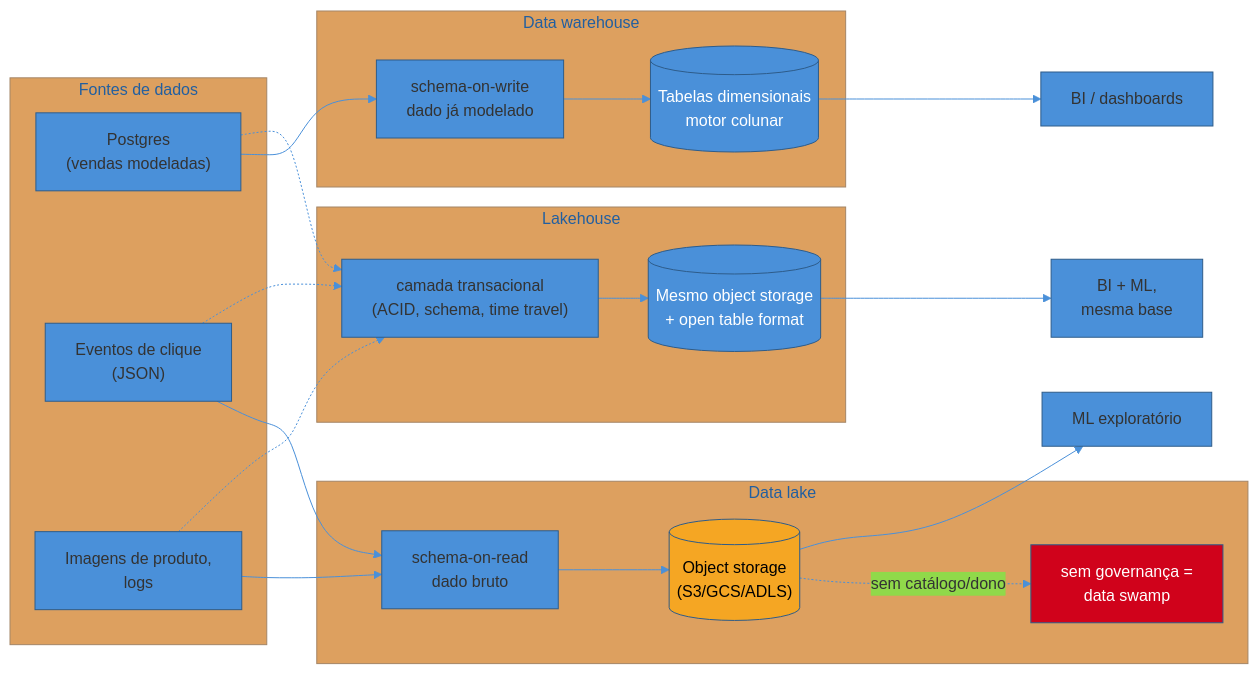
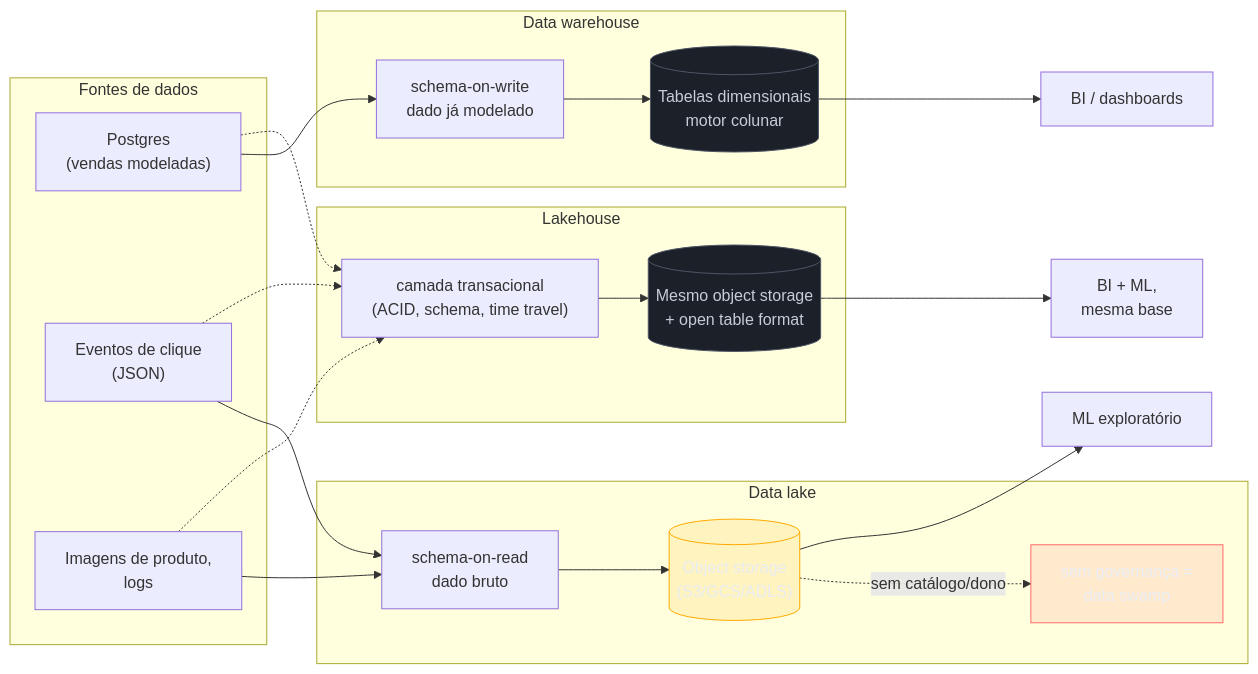
One commit to josenaldo/codex-technomanticus changed the diagram in 03-Dominios/Engenharia/Dados/1 - Fundamentos de engenharia de dados/03 - Warehouse, lake e lakehouse.md. Above: the diagram before and after it, drawn with Mermaid. The commit also changed 1181 other files, not shown here.

First line of the commit message:
fix(diagramas): paleta do sistema no lugar de cor cravada no markdown

````diff
--- a/03-Dominios/Engenharia/Dados/1 - Fundamentos de engenharia de dados/03 - Warehouse, lake e lakehouse.md
+++ b/03-Dominios/Engenharia/Dados/1 - Fundamentos de engenharia de dados/03 - Warehouse, lake e lakehouse.md
@@ -136,45 +136,47 @@
 ```mermaid
-%%{init: {"theme": "base", "themeVariables": {"primaryColor": "#4A90D9", "primaryBorderColor": "#2E5C8A", "lineColor": "#4A90D9"}}}%%
 graph LR
+    classDef neutro fill:#1B2029,stroke:#4E5666,color:#C6CCD8
+    classDef destaque fill:#FFAA0024,stroke:#FFAA00,color:#E9ECF2
+    classDef falha fill:#FF6B6B24,stroke:#FF6B6B,color:#E9ECF2
     subgraph Fontes["Fontes de dados"]
         OLTP["Postgres<br/>(vendas modeladas)"]
         Eventos["Eventos de clique<br/>(JSON)"]
         Midia["Imagens de produto,<br/>logs"]
     end
 
     subgraph WH["Data warehouse"]
         SW["schema-on-write<br/>dado já modelado"]
         DW[("Tabelas dimensionais<br/>motor colunar")]
         SW --> DW
     end
 
     subgraph LK["Data lake"]
         SR["schema-on-read<br/>dado bruto"]
         Files[("Object storage<br/>(S3/GCS/ADLS)")]
         Swamp["sem governança =<br/>data swamp"]
         SR --> Files
         Files -.->|"sem catálogo/dono"| Swamp
     end
 
     subgraph LH["Lakehouse"]
         TT["camada transacional<br/>(ACID, schema, time travel)"]
         Base[("Mesmo object storage<br/>+ open table format")]
         TT --> Base
     end
 
     OLTP --> SW
     Eventos --> SR
     Midia --> SR
     OLTP -.-> TT
     Eventos -.-> TT
     Midia -.-> TT
 
     DW --> BI["BI / dashboards"]
     Files --> ML1["ML exploratório"]
     Base --> BI2["BI + ML,<br/>mesma base"]
 
-    style DW fill:#4A90D9,color:#fff
-    style Base fill:#4A90D9,color:#fff
-    style Files fill:#F5A623,color:#000
-    style Swamp fill:#D0021B,color:#fff
+    class DW neutro
+    class Base neutro
+    class Files destaque
+    class Swamp falha
 ```
````
